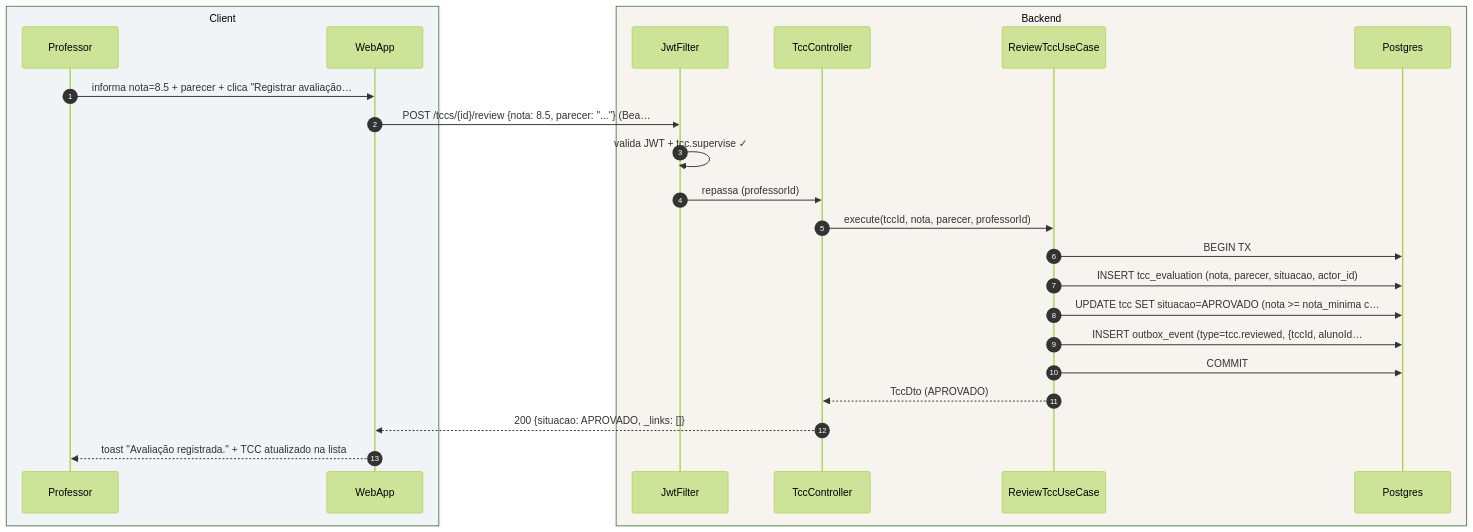
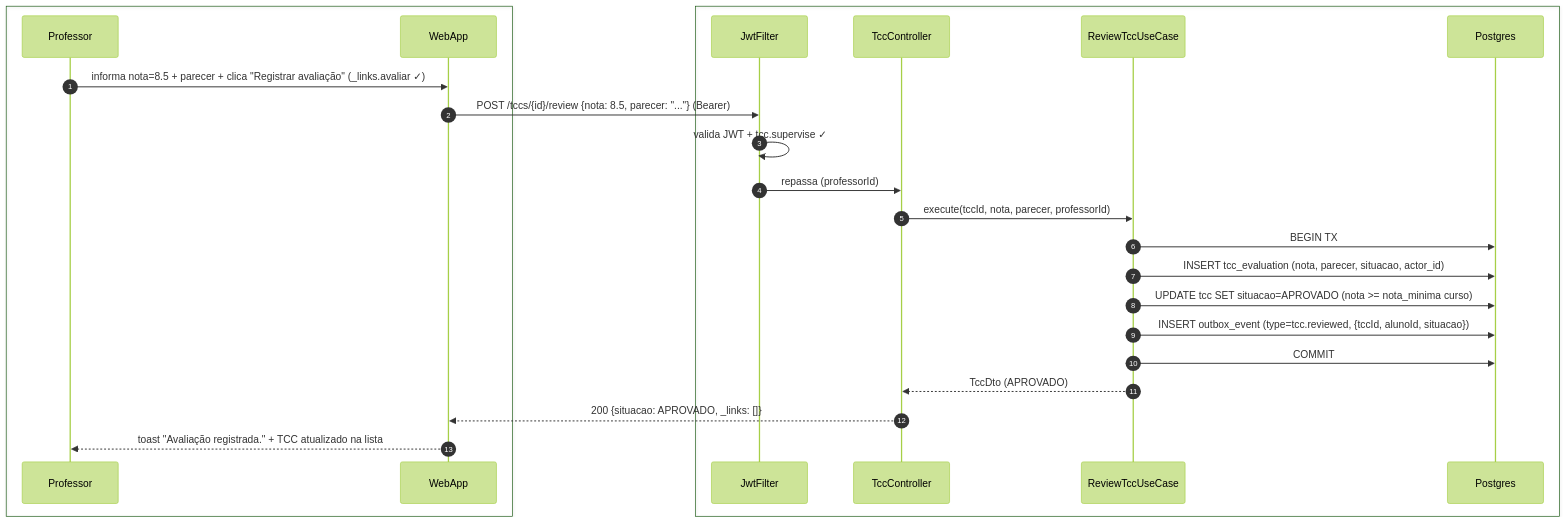
One commit to umishell/secretariaOnline2 changed the second of 4 diagrams in foundationDocs/sequenceDiagrams/F3 — Professor/US-F3-006-TCC-ORIENTACAO.md. Above: the diagram before and after it, drawn with Mermaid (forest theme). The commit also changed other lines of this file and 70 other files, not shown here.

First line of the commit message:
Enhance database documentation and introduce new schema files

````diff
--- a/foundationDocs/sequenceDiagrams/F3 — Professor/US-F3-006-TCC-ORIENTACAO.md
+++ b/foundationDocs/sequenceDiagrams/F3 — Professor/US-F3-006-TCC-ORIENTACAO.md
@@ -91,28 +91,28 @@
 ```mermaid
 sequenceDiagram
     autonumber
-    box rgba(230,245,255,0.3) Client
+    box #e8f4fc Cliente
         participant Professor
         participant WebApp
     end
-    box rgba(255,245,230,0.3) Backend
+    box #fff8ee Servidor
         participant JwtFilter
         participant TccController
         participant ReviewTccUC as ReviewTccUseCase
         participant Postgres
     end
 
-    Professor->>WebApp: informa nota=8.5 + parecer + clica "Registrar avaliação…
-    WebApp->>JwtFilter: POST /tccs/{id}/review {nota: 8.5, parecer: "..."} (Bea…
+    Professor->>WebApp: informa nota=8.5 + parecer + clica "Registrar avaliação" (_links.avaliar ✓)
+    WebApp->>JwtFilter: POST /tccs/{id}/review {nota: 8.5, parecer: "..."} (Bearer)
     JwtFilter->>JwtFilter: valida JWT + tcc.supervise ✓
     JwtFilter->>TccController: repassa (professorId)
     TccController->>ReviewTccUC: execute(tccId, nota, parecer, professorId)
     ReviewTccUC->>Postgres: BEGIN TX
     ReviewTccUC->>Postgres: INSERT tcc_evaluation (nota, parecer, situacao, actor_id)
-    ReviewTccUC->>Postgres: UPDATE tcc SET situacao=APROVADO (nota >= nota_minima c…
-    ReviewTccUC->>Postgres: INSERT outbox_event (type=tcc.reviewed, {tccId, alunoId…
+    ReviewTccUC->>Postgres: UPDATE tcc SET situacao=APROVADO (nota >= nota_minima curso)
+    ReviewTccUC->>Postgres: INSERT outbox_event (type=tcc.reviewed, {tccId, alunoId, situacao})
     ReviewTccUC->>Postgres: COMMIT
     ReviewTccUC-->>TccController: TccDto (APROVADO)
     TccController-->>WebApp: 200 {situacao: APROVADO, _links: []}
     WebApp-->>Professor: toast "Avaliação registrada." + TCC atualizado na lista
 ```
````
